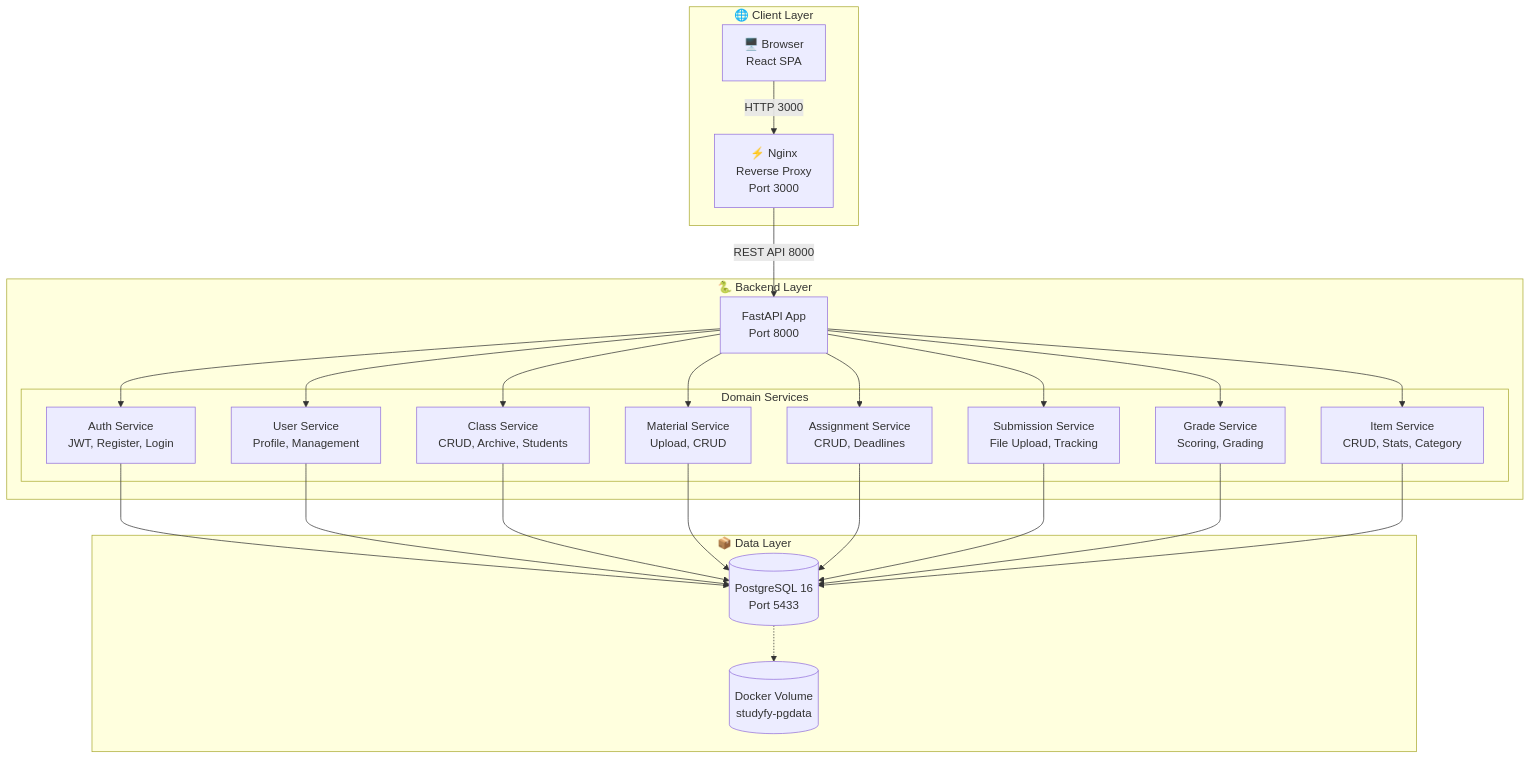
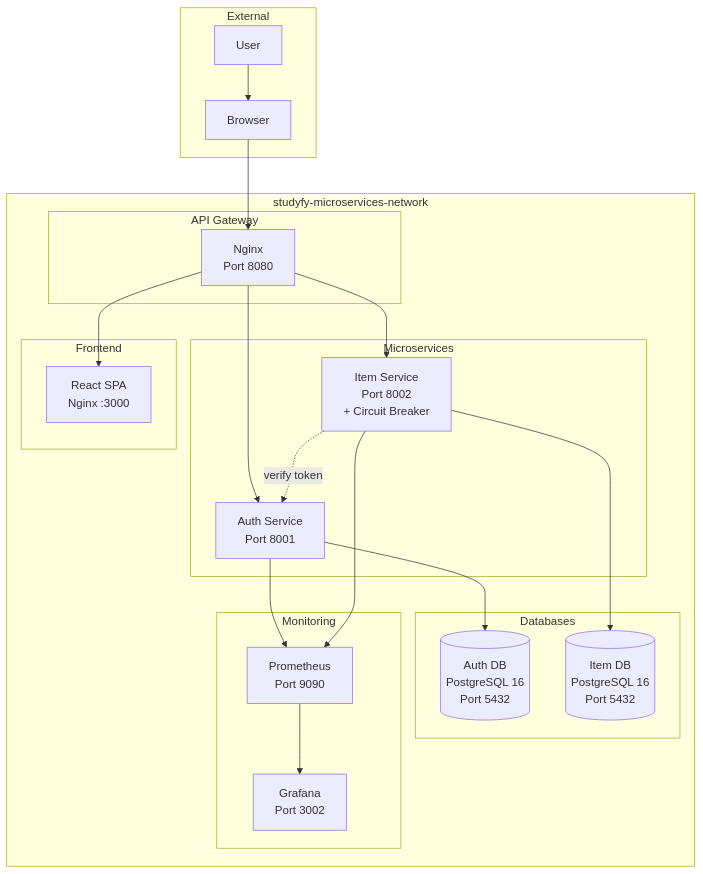
Before and after one commit to aidilsaputrakirsan-classroom/cc-kelompok-a-nexa: the first of 4 diagrams in docs/architecture.md, drawn with Mermaid. The commit also changed other lines of this file and 1 other file, not shown here.

Commit message:
docs: add reliability-testing guide and update architecture for dual-mode monolith+microservices

````diff
--- a/docs/architecture.md
+++ b/docs/architecture.md
@@ -92,47 +93,44 @@
 ```mermaid
 flowchart TB
-    subgraph CLIENT["🌐 Client Layer"]
-        BROWSER["🖥️ Browser<br/>React SPA"]
-        NGINX["⚡ Nginx<br/>Reverse Proxy<br/>Port 3000"]
+    subgraph EXTERNAL["External"]
+        USER["User"]
+        BROWSER["Browser"]
     end
 
-    subgraph BACKEND["🐍 Backend Layer"]
-        API["FastAPI App<br/>Port 8000"]
-        
-        subgraph SERVICES["Domain Services"]
-            AUTH["Auth Service<br/>JWT, Register, Login"]
-            USER["User Service<br/>Profile, Management"]
-            CLASS["Class Service<br/>CRUD, Archive, Students"]
-            MAT["Material Service<br/>Upload, CRUD"]
-            ASSIGN["Assignment Service<br/>CRUD, Deadlines"]
-            SUB["Submission Service<br/>File Upload, Tracking"]
-            GRADE["Grade Service<br/>Scoring, Grading"]
-            ITEM["Item Service<br/>CRUD, Stats, Category"]
+    subgraph MESH["studyfy-microservices-network"]
+        subgraph GATEWAY["API Gateway"]
+            GW["Nginx<br/>Port 8080"]
+        end
+
+        subgraph SERVICES["Microservices"]
+            AUTH["Auth Service<br/>Port 8001"]
+            ITEM["Item Service<br/>Port 8002<br/>+ Circuit Breaker"]
+        end
+
+        subgraph DB_LAYER["Databases"]
+            AUTH_DB[("Auth DB<br/>PostgreSQL 16<br/>Port 5432")]
+            ITEM_DB[("Item DB<br/>PostgreSQL 16<br/>Port 5432")]
+        end
+
+        subgraph FE["Frontend"]
+            FRONTEND["React SPA<br/>Nginx :3000"]
+        end
+
+        subgraph MONITOR["Monitoring"]
+            PROM["Prometheus<br/>Port 9090"]
+            GRAFANA["Grafana<br/>Port 3002"]
         end
     end
 
-    subgraph DATA["📦 Data Layer"]
-        DB[("PostgreSQL 16<br/>Port 5433")]
-        VOL[("Docker Volume<br/>studyfy-pgdata")]
-    end
-
-    BROWSER -->|"HTTP 3000"| NGINX
-    NGINX -->|"REST API 8000"| API
-    API --> AUTH
-    API --> USER
-    API --> CLASS
-    API --> MAT
-    API --> ASSIGN
-    API --> SUB
-    API --> GRADE
-    API --> ITEM
-    AUTH --> DB
-    USER --> DB
-    CLASS --> DB
-    MAT --> DB
-    ASSIGN --> DB
-    SUB --> DB
-    GRADE --> DB
-    ITEM --> DB
-    DB -.-> VOL
+    USER --> BROWSER
+    BROWSER --> GW
+    GW --> AUTH
+    GW --> ITEM
+    GW --> FRONTEND
+    AUTH --> AUTH_DB
+    ITEM --> ITEM_DB
+    ITEM -.->|"verify token"| AUTH
+    AUTH --> PROM
+    ITEM --> PROM
+    PROM --> GRAFANA
 ```
````
